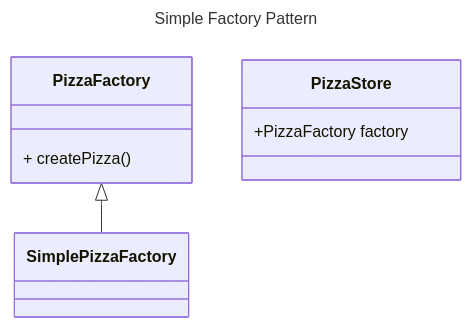
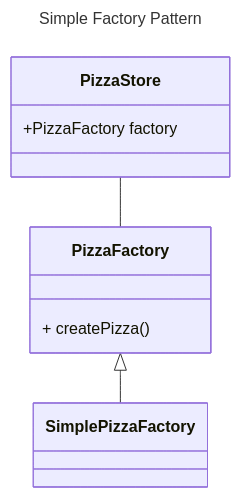
One commit to sovan92/LowLevelDesignDocuments changed the diagram in FactoryPattern.md. Above: the diagram before and after it, drawn with Mermaid.

````diff
--- a/FactoryPattern.md
+++ b/FactoryPattern.md
@@ -5,18 +5,18 @@
 ```mermaid
 ---
 title: Simple Factory Pattern
 ---
 classDiagram
     PizzaFactory<|--SimplePizzaFactory
-
+    PizzaStore -- PizzaFactory
     class PizzaStore {
         +PizzaFactory factory
     }
     class PizzaFactory {
         + createPizza()
     }
-
+    
     class SimplePizzaFactory{
 
     }
 ```
````
